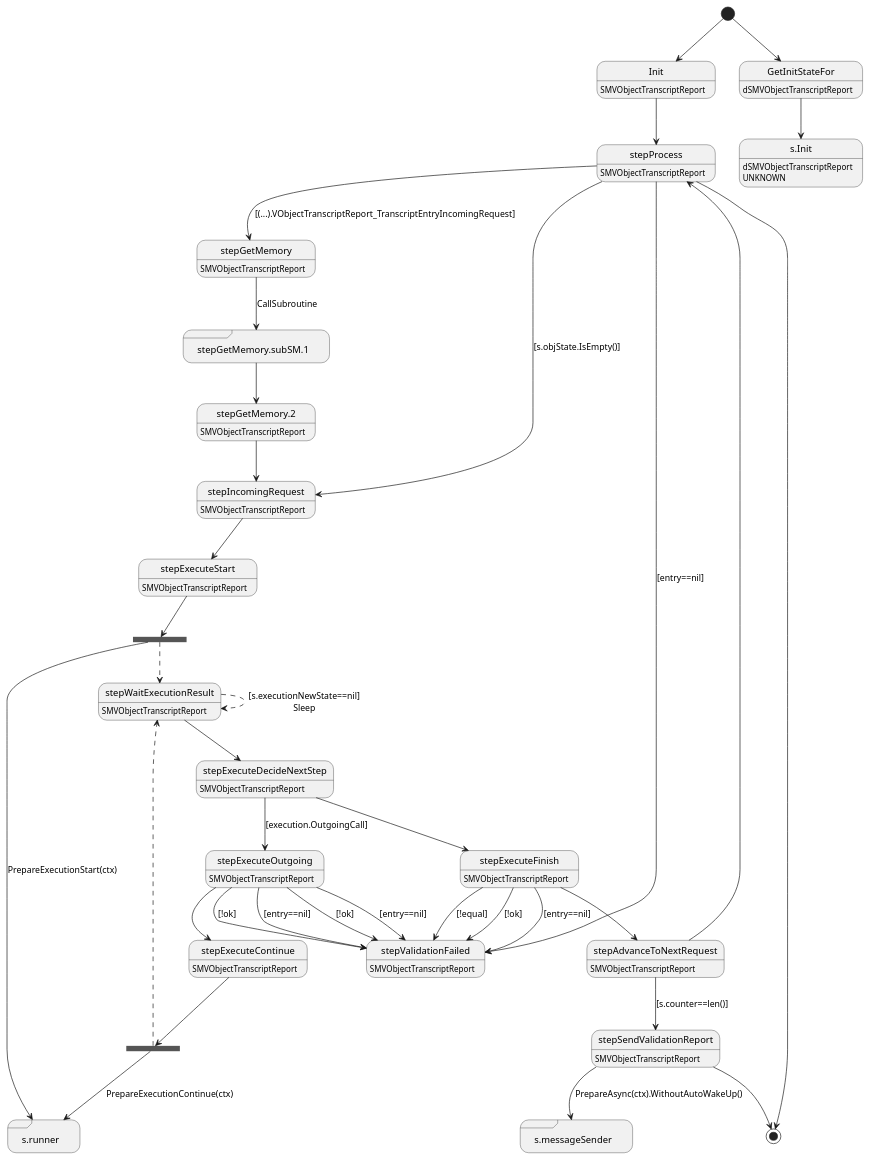
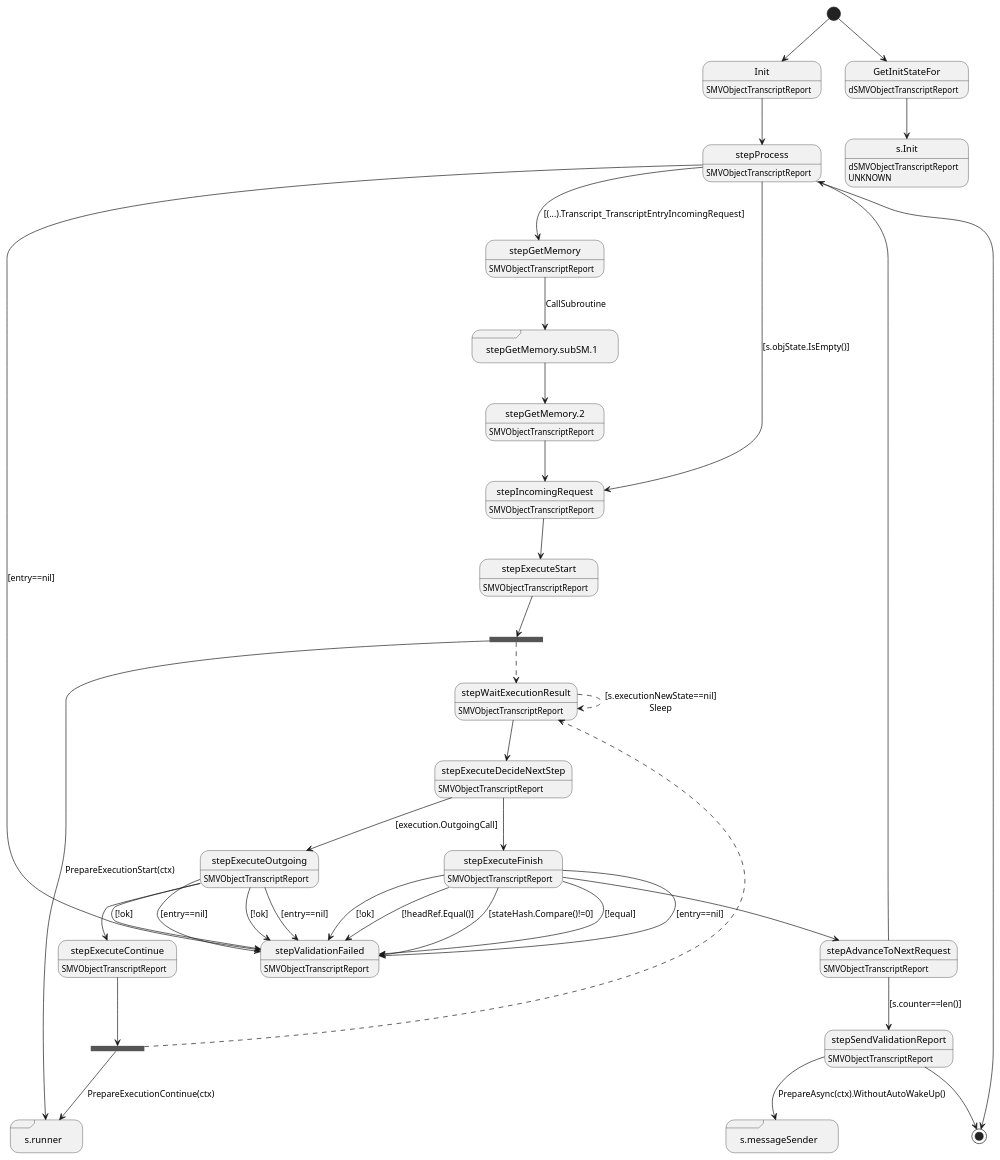
One commit to insolar/assured-ledger changed the diagram in ledger-core/virtual/handlers/vobjecttranscriptreport.plantuml. Above: the diagram before and after it, drawn with PlantUML. The commit also changed 9 other files, not shown here.

```diff
--- a/ledger-core/virtual/handlers/vobjecttranscriptreport.plantuml
+++ b/ledger-core/virtual/handlers/vobjecttranscriptreport.plantuml
@@ -1,76 +1,78 @@
 @startuml
 state "Init" as T01_S001
 T01_S001 : SMVObjectTranscriptReport
 [*] --> T01_S001
 T01_S001 --> T01_S002
 state "s.messageSender" as T01_S017 <<sdlreceive>>
 state "s.runner" as T01_S008 <<sdlreceive>>
 T01_S008 : DUPLICATE
 state "stepAdvanceToNextRequest" as T01_S015
 T01_S015 : SMVObjectTranscriptReport
 T01_S015 --> T01_S016 : [s.counter==len()]
 T01_S015 --> T01_S002
 state "stepExecuteContinue" as T01_S012
 T01_S012 : SMVObjectTranscriptReport
 state T01_U001 <<fork>>
 T01_S012 --> T01_U001
 T01_U001 --> T01_S008 : PrepareExecutionContinue(ctx)
 T01_U001 --[dashed]> T01_S009
 state "stepExecuteDecideNextStep" as T01_S010
 T01_S010 : SMVObjectTranscriptReport
 T01_S010 --> T01_S011 : [execution.OutgoingCall]
 T01_S010 --> T01_S013
 state "stepExecuteFinish" as T01_S013
 T01_S013 : SMVObjectTranscriptReport
 T01_S013 --> T01_S014 : [entry==nil]
 T01_S013 --> T01_S014 : [!ok]
+T01_S013 --> T01_S014 : [!headRef.Equal()]
+T01_S013 --> T01_S014 : [stateHash.Compare()!=0]
 T01_S013 --> T01_S014 : [!equal]
 T01_S013 --> T01_S015
 state "stepExecuteOutgoing" as T01_S011
 T01_S011 : SMVObjectTranscriptReport
 T01_S011 --> T01_S014 : [entry==nil]
 T01_S011 --> T01_S014 : [!ok]
 T01_S011 --> T01_S014 : [entry==nil]
 T01_S011 --> T01_S014 : [!ok]
 T01_S011 --> T01_S012
 state "stepExecuteStart" as T01_S007
 T01_S007 : SMVObjectTranscriptReport
 state T01_U002 <<fork>>
 T01_S007 --> T01_U002
 T01_U002 --> T01_S008 : PrepareExecutionStart(ctx)
 T01_U002 --[dashed]> T01_S009
 state "stepGetMemory" as T01_S003
 T01_S003 : SMVObjectTranscriptReport
 T01_S003 --> T01_S004 : CallSubroutine
 state "stepGetMemory.2" as T01_S005
 T01_S005 : SMVObjectTranscriptReport
 T01_S005 --> T01_S006
 state "stepGetMemory.subSM.1" as T01_S004 <<sdlreceive>>
 T01_S004 --> T01_S005
 state "stepIncomingRequest" as T01_S006
 T01_S006 : SMVObjectTranscriptReport
 T01_S006 --> T01_S007
 state "stepProcess" as T01_S002
 T01_S002 : SMVObjectTranscriptReport
 T01_S002 --> T01_S014 : [entry==nil]
 T01_S002 --> T01_S006 : [s.objState.IsEmpty()]
-T01_S002 --> T01_S003 : [(...).VObjectTranscriptReport_TranscriptEntryIncomingRequest]
+T01_S002 --> T01_S003 : [(...).Transcript_TranscriptEntryIncomingRequest]
 T01_S002 --> [*]
 state "stepSendValidationReport" as T01_S016
 T01_S016 : SMVObjectTranscriptReport
 T01_S016 --> T01_S017 : PrepareAsync(ctx).WithoutAutoWakeUp()
 T01_S016 --> [*]
 state "stepValidationFailed" as T01_S014
 T01_S014 : SMVObjectTranscriptReport
 state "stepWaitExecutionResult" as T01_S009
 T01_S009 : SMVObjectTranscriptReport
 T01_S009 --[dashed]> T01_S009 : [s.executionNewState==nil]\nSleep
 T01_S009 --> T01_S010
 state "GetInitStateFor" as T00_S001
 T00_S001 : dSMVObjectTranscriptReport
 [*] --> T00_S001
 state "s.Init" as T00_U003
 T00_U003 : dSMVObjectTranscriptReport
 T00_U003 : UNKNOWN 
 T00_S001 --> T00_U003
 @enduml
```
